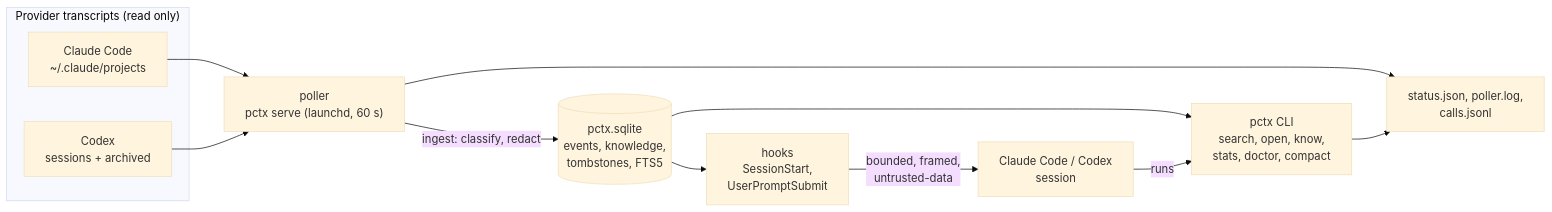
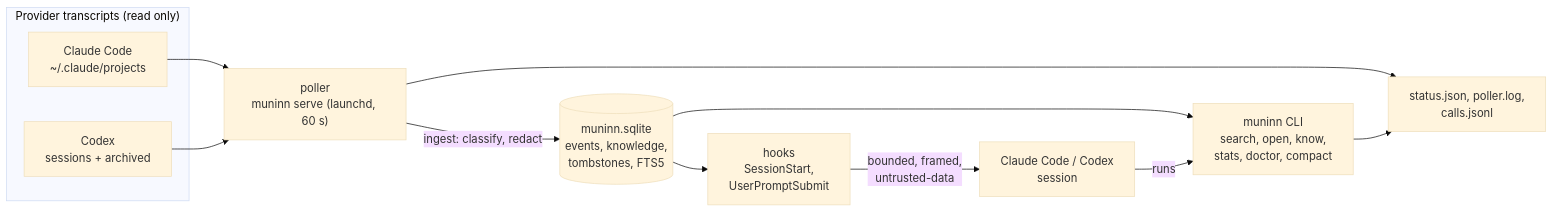
One commit to blueman82/muninn changed the diagram in docs/ARCHITECTURE.md. Above: the diagram before and after it, drawn with Mermaid (base theme). The commit also changed other lines of this file and 230 other files, not shown here.

Commit message:
Rename pctx to muninn, add migration for old installs, brand README, add MIT licence

````diff
--- a/docs/ARCHITECTURE.md
+++ b/docs/ARCHITECTURE.md
@@ -3,22 +3,22 @@
 ```mermaid
 flowchart LR
   subgraph Providers["Provider transcripts (read only)"]
     CC["Claude Code<br/>~/.claude/projects"]
     CX["Codex<br/>sessions + archived"]
   end
-  P["poller<br/>pctx serve (launchd, 60 s)"]
-  DB[("pctx.sqlite<br/>events, knowledge,<br/>tombstones, FTS5")]
-  CLI["pctx CLI<br/>search, open, know,<br/>stats, doctor, compact"]
+  P["poller<br/>muninn serve (launchd, 60 s)"]
+  DB[("muninn.sqlite<br/>events, knowledge,<br/>tombstones, FTS5")]
+  CLI["muninn CLI<br/>search, open, know,<br/>stats, doctor, compact"]
   H["hooks<br/>SessionStart,<br/>UserPromptSubmit"]
   A["Claude Code / Codex<br/>session"]
   L["status.json, poller.log,<br/>calls.jsonl"]
   CC --> P
   CX --> P
   P -->|"ingest: classify, redact"| DB
   P --> L
   DB --> CLI
   DB --> H
   H -->|"bounded, framed,<br/>untrusted-data"| A
   A -->|"runs"| CLI
   CLI --> L
 ```
````
